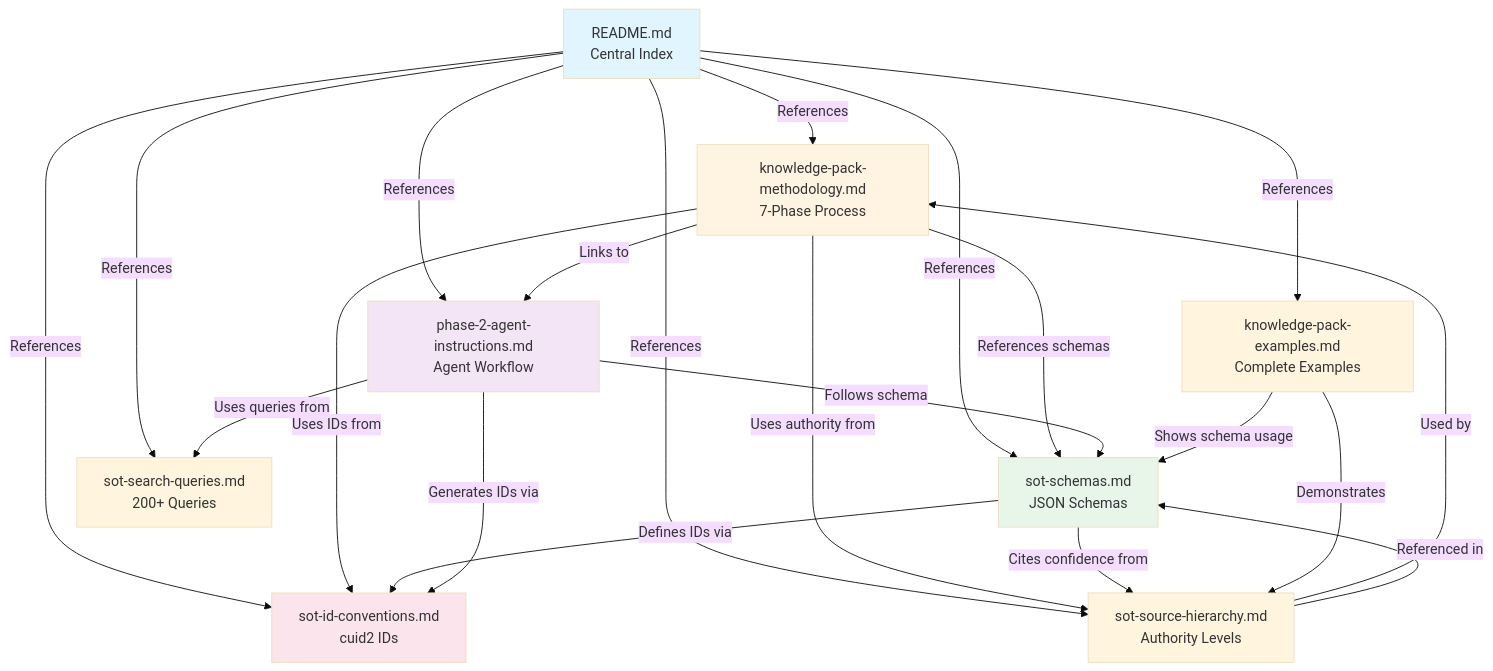
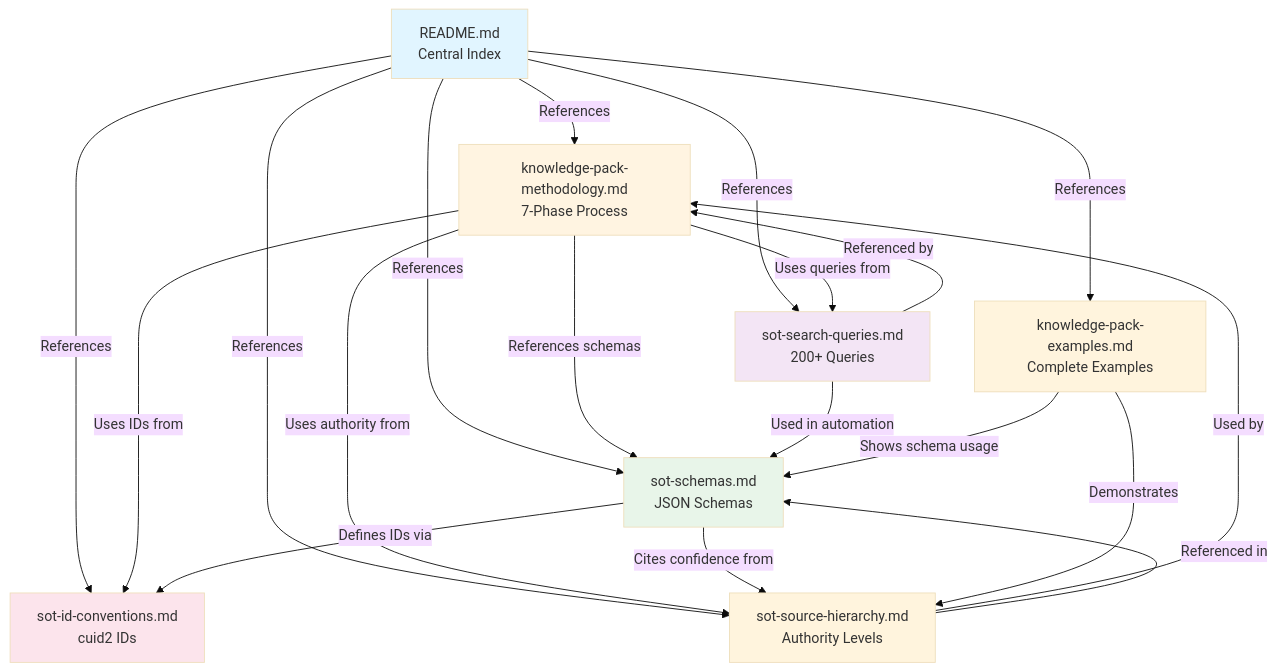
One commit to brettdavies/insurance-broker-quote-assistant changed the diagram in docs/knowledge-pack/README.md. Above: the diagram before and after it, drawn with Mermaid (base theme). The commit also changed other lines of this file and 498 other files, not shown here.

````diff
--- a/docs/knowledge-pack/README.md
+++ b/docs/knowledge-pack/README.md
@@ -164,43 +158,40 @@
 ```mermaid
 graph TB
     README[README.md<br/>Central Index]
     METHOD[knowledge-pack-methodology.md<br/>7-Phase Process]
     SCHEMAS[sot-schemas.md<br/>JSON Schemas]
     IDCONV[sot-id-conventions.md<br/>cuid2 IDs]
     HIER[sot-source-hierarchy.md<br/>Authority Levels]
     EXAMPLES[knowledge-pack-examples.md<br/>Complete Examples]
     QUERIES[sot-search-queries.md<br/>200+ Queries]
-    PHASE2[phase-2-agent-instructions.md<br/>Agent Workflow]
 
     README -->|References| METHOD
     README -->|References| SCHEMAS
     README -->|References| IDCONV
     README -->|References| HIER
     README -->|References| EXAMPLES
     README -->|References| QUERIES
-    README -->|References| PHASE2
 
     METHOD -->|Uses IDs from| IDCONV
     METHOD -->|References schemas| SCHEMAS
-    METHOD -->|Links to| PHASE2
+    METHOD -->|Uses queries from| QUERIES
     METHOD -->|Uses authority from| HIER
 
     SCHEMAS -->|Defines IDs via| IDCONV
     SCHEMAS -->|Cites confidence from| HIER
 
-    PHASE2 -->|Generates IDs via| IDCONV
-    PHASE2 -->|Follows schema| SCHEMAS
-    PHASE2 -->|Uses queries from| QUERIES
+    QUERIES -->|Referenced by| METHOD
+    QUERIES -->|Used in automation| SCHEMAS
 
     EXAMPLES -->|Shows schema usage| SCHEMAS
     EXAMPLES -->|Demonstrates| HIER
 
     HIER -->|Used by| METHOD
     HIER -->|Referenced in| SCHEMAS
 
     style README fill:#e1f5ff
     style METHOD fill:#fff4e1
     style SCHEMAS fill:#e8f5e9
     style IDCONV fill:#fce4ec
-    style PHASE2 fill:#f3e5f5
+    style QUERIES fill:#f3e5f5
 ```
````
